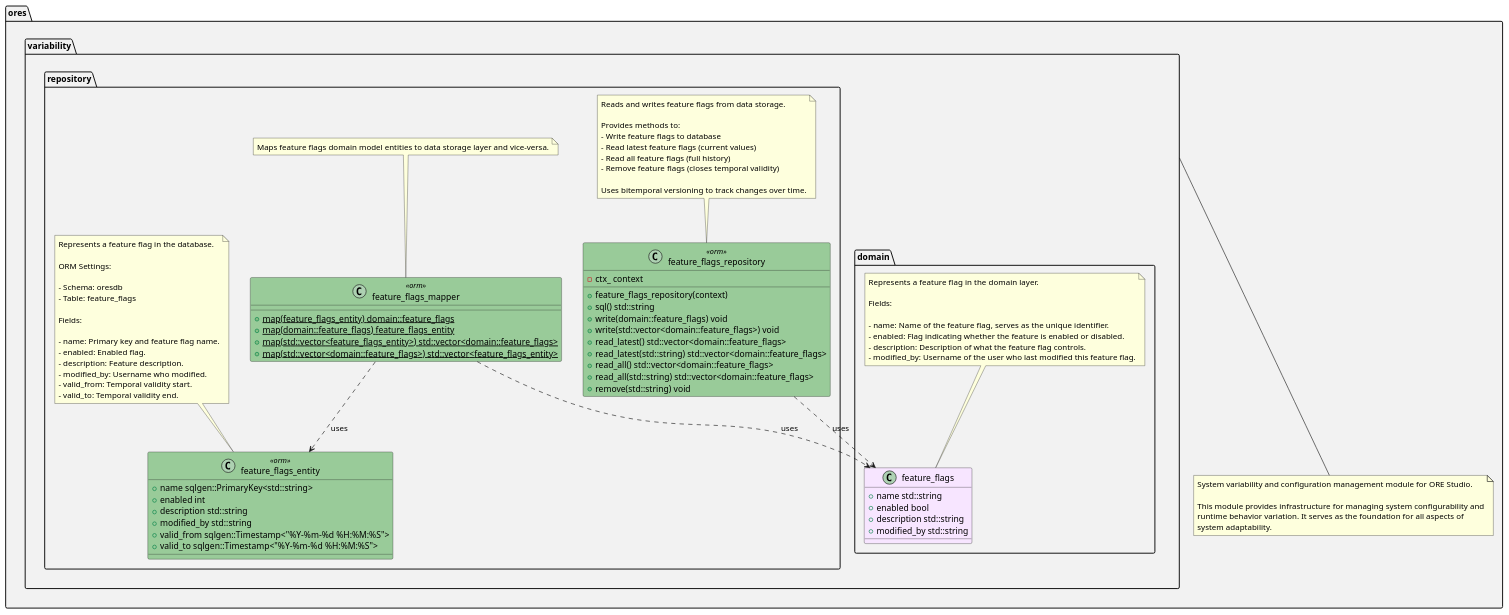
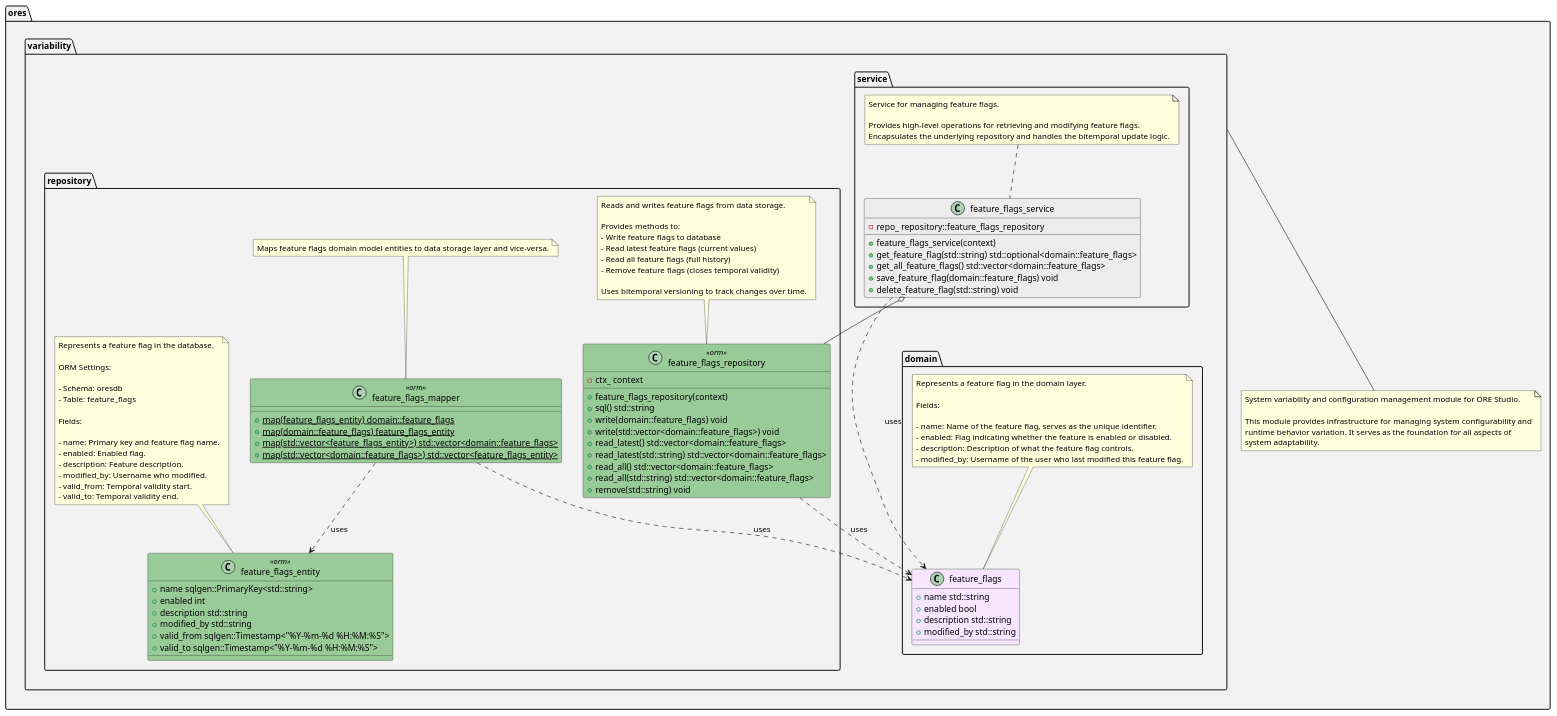
The diagram in projects/ores.variability/modeling/ores.variability.puml (OreStudio/OreStudio), drawn with PlantUML before and after one commit. The commit also changed other lines of this file and 6 other files, not shown here.

First line of the commit message:
[variability] Introduce FeatureFlagsService and refactor BootstrapModeService

```diff
--- a/projects/ores.variability/modeling/ores.variability.puml
+++ b/projects/ores.variability/modeling/ores.variability.puml
@@ -17,103 +17,124 @@
 @startuml
 set namespaceSeparator ::
 
 namespace ores #F2F2F2 {
     note "System variability and configuration management module for ORE Studio.\n\nThis module provides infrastructure for managing system configurability and\nruntime behavior variation. It serves as the foundation for all aspects of\nsystem adaptability." as ores_variability_note
     variability --- ores_variability_note
     namespace variability #F2F2F2 {
         namespace domain #F2F2F2 {
             class feature_flags #F7E5FF {
                 +{field} name std::string
                 +{field} enabled bool
                 +{field} description std::string
                 +{field} modified_by std::string
             }
 
             note top of feature_flags
             Represents a feature flag in the domain layer.
 
             Fields:
 
             - name: Name of the feature flag, serves as the unique identifier.
             - enabled: Flag indicating whether the feature is enabled or disabled.
             - description: Description of what the feature flag controls.
             - modified_by: Username of the user who last modified this feature flag.
             end note
         }
 
         namespace repository #F2F2F2 {
             class feature_flags_entity <<orm>> #99CB99 {
                 +{field} name sqlgen::PrimaryKey<std::string>
                 +{field} enabled int
                 +{field} description std::string
                 +{field} modified_by std::string
                 +{field} valid_from sqlgen::Timestamp<"%Y-%m-%d %H:%M:%S">
                 +{field} valid_to sqlgen::Timestamp<"%Y-%m-%d %H:%M:%S">
             }
 
             note top of feature_flags_entity
             Represents a feature flag in the database.
 
             ORM Settings:
 
             - Schema: oresdb
             - Table: feature_flags
 
             Fields:
 
             - name: Primary key and feature flag name.
             - enabled: Enabled flag.
             - description: Feature description.
             - modified_by: Username who modified.
             - valid_from: Temporal validity start.
             - valid_to: Temporal validity end.
             end note
 
             class feature_flags_mapper <<orm>> #99CB99 {
                 +{static} map(feature_flags_entity) domain::feature_flags
                 +{static} map(domain::feature_flags) feature_flags_entity
                 +{static} map(std::vector<feature_flags_entity>) std::vector<domain::feature_flags>
                 +{static} map(std::vector<domain::feature_flags>) std::vector<feature_flags_entity>
             }
 
             note top of feature_flags_mapper
             Maps feature flags domain model entities to data storage layer and vice-versa.
             end note
 
             feature_flags_mapper ..> ores::variability::domain::feature_flags : uses
             feature_flags_mapper ..> ores::variability::repository::feature_flags_entity : uses
 
             class feature_flags_repository <<orm>> #99CB99 {
                 +feature_flags_repository(context)
                 +sql() std::string
                 +write(domain::feature_flags) void
                 +write(std::vector<domain::feature_flags>) void
                 +read_latest() std::vector<domain::feature_flags>
                 +read_latest(std::string) std::vector<domain::feature_flags>
                 +read_all() std::vector<domain::feature_flags>
                 +read_all(std::string) std::vector<domain::feature_flags>
                 +remove(std::string) void
                 -{field} ctx_ context
             }
 
             note top of feature_flags_repository
             Reads and writes feature flags from data storage.
 
             Provides methods to:
             - Write feature flags to database
             - Read latest feature flags (current values)
             - Read all feature flags (full history)
             - Remove feature flags (closes temporal validity)
 
             Uses bitemporal versioning to track changes over time.
             end note
 
             feature_flags_repository ..> ores::variability::domain::feature_flags : uses
         }
+
+        namespace service #F2F2F2 {
+            class feature_flags_service #ECECEC {
+                +feature_flags_service(context)
+                +get_feature_flag(std::string) std::optional<domain::feature_flags>
+                +get_all_feature_flags() std::vector<domain::feature_flags>
+                +save_feature_flag(domain::feature_flags) void
+                +delete_feature_flag(std::string) void
+                -{field} repo_ repository::feature_flags_repository
+            }
+
+            note top of feature_flags_service
+            Service for managing feature flags.
+
+            Provides high-level operations for retrieving and modifying feature flags.
+            Encapsulates the underlying repository and handles the bitemporal update logic.
+            end note
+
+            feature_flags_service o-- ores::variability::repository::feature_flags_repository
+            feature_flags_service ..> ores::variability::domain::feature_flags : uses
+        }
     }
 }
 
 ' Local Variables:
 ' compile-command: "java -Djava.awt.headless=true -DPLANTUML_SECURITY_PROFILE=UNSECURE -DPLANTUML_LIMIT_SIZE=65535 -jar /usr/share/plantuml/plantuml.jar ores.variability.puml"
 ' End:
 @enduml
```
